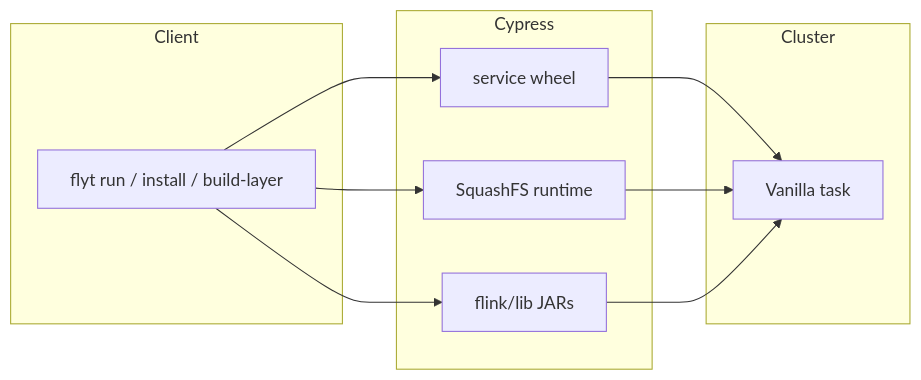
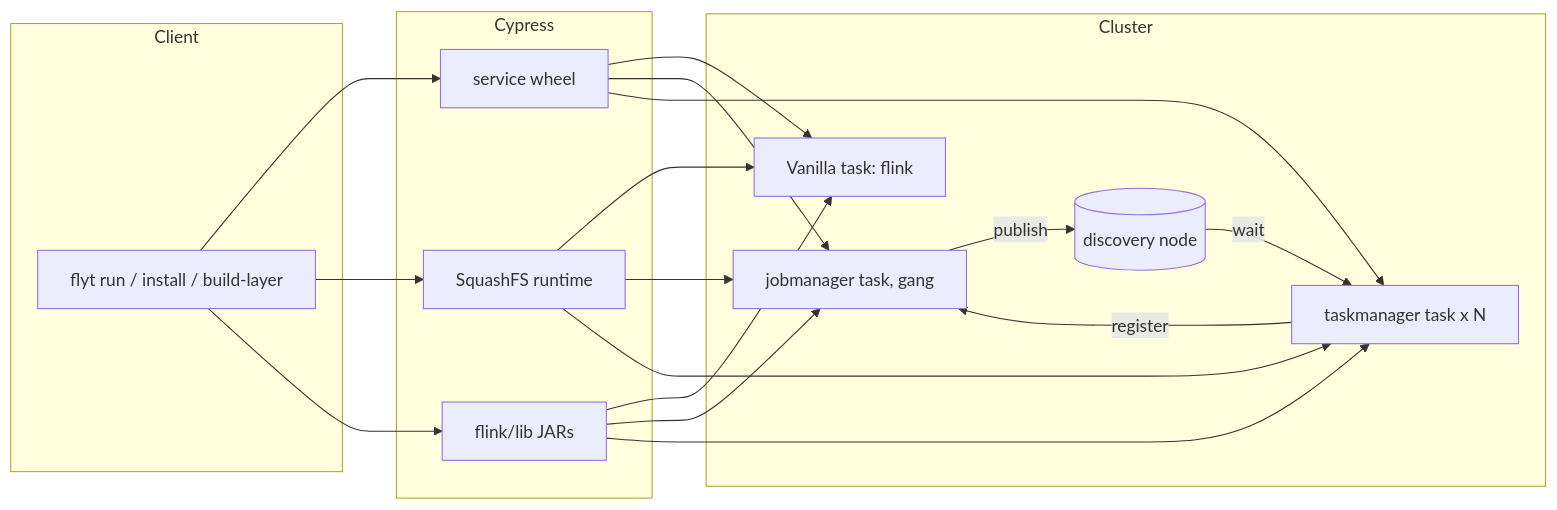
Before and after one commit to ytsaurus/ytsaurus-flyt: the first of 2 diagrams in python/ARCHITECTURE.md, drawn with Mermaid. The commit also changed other lines of this file and 25 other files, not shown here.

````diff
--- a/python/ARCHITECTURE.md
+++ b/python/ARCHITECTURE.md
@@ -13,16 +20,23 @@
 ```mermaid
 flowchart LR
     subgraph Client
         A[flyt run / install / build-layer]
     end
     subgraph Cypress
         W[service wheel]
         R[SquashFS runtime]
         J[flink/lib JARs]
     end
     subgraph Cluster
-        V[Vanilla task]
+        V[Vanilla task: flink]
+        JM[jobmanager task, gang]
+        TM[taskmanager task x N]
+        D[(discovery node)]
     end
     A --> W & R & J
     W & R & J --> V
+    W & R & J --> JM & TM
+    JM -- publish --> D
+    D -- wait --> TM
+    TM -- register --> JM
 ```
````
